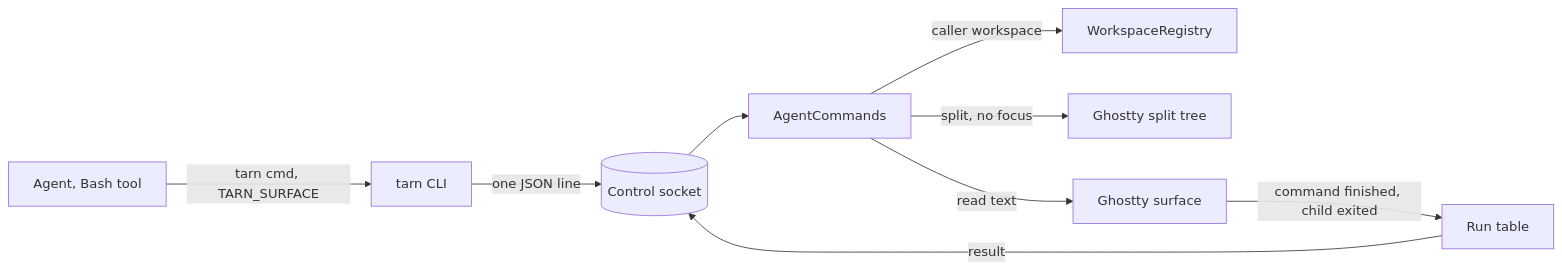
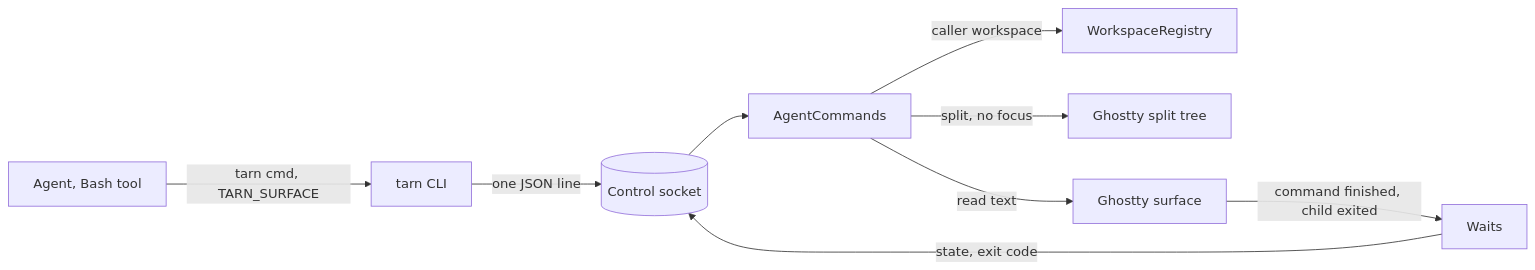
Before and after one commit to daniil4545/tarn: the diagram in docs/specs/agent-cli.md, drawn with Mermaid. The commit also changed other lines of this file, not shown here.

````diff
--- a/docs/specs/agent-cli.md
+++ b/docs/specs/agent-cli.md
@@ -44,11 +46,11 @@
 ```mermaid
 flowchart LR
   agent["Agent, Bash tool"] -->|"tarn cmd, TARN_SURFACE"| cli["tarn CLI"]
   cli -->|"one JSON line"| sock[("Control socket")]
   sock --> cmds["AgentCommands"]
   cmds -->|"caller workspace"| ws["WorkspaceRegistry"]
   cmds -->|"split, no focus"| tree["Ghostty split tree"]
   cmds -->|"read text"| surf["Ghostty surface"]
-  surf -->|"command finished, child exited"| runs["Run table"]
-  runs -->|"result"| sock
+  surf -->|"command finished, child exited"| waits["Waits"]
+  waits -->|"state, exit code"| sock
 ```
````
